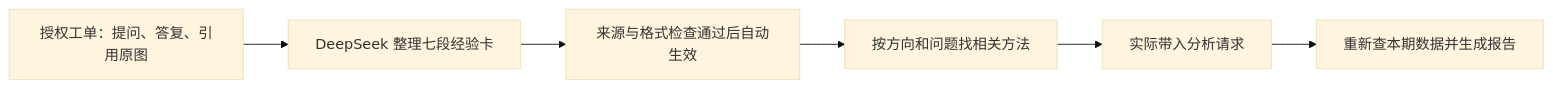
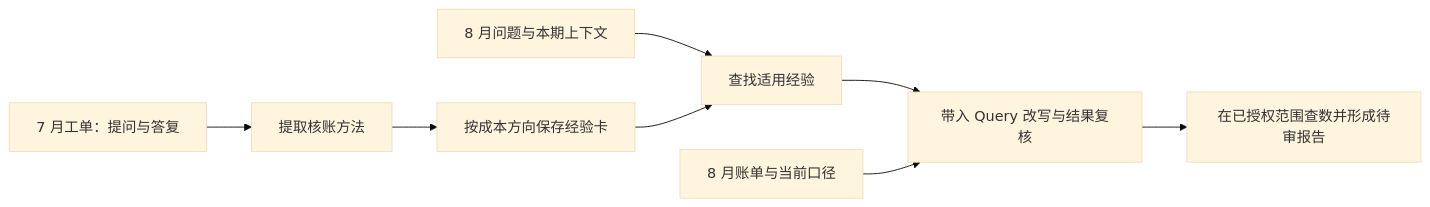
The first of 2 diagrams in docs/product/memory.md (foxbitcoo/third-brain), drawn with Mermaid (base theme) before and after one commit. The commit also changed other lines of this file and 8 other files, not shown here.

````diff
--- a/docs/product/memory.md
+++ b/docs/product/memory.md
@@ -5,8 +57,10 @@
 ```mermaid
 flowchart LR
- A[授权工单：提问、答复、引用原图] --> B[DeepSeek 整理七段经验卡]
- B --> C[来源与格式检查通过后自动生效]
- C --> D[按方向和问题找相关方法]
- D --> E[实际带入分析请求]
- E --> F[重新查本期数据并生成报告]
+    A[7 月工单：提问与答复] --> B[提取核账方法]
+    B --> C[按成本方向保存经验卡]
+    D[8 月问题与本期上下文] --> E[查找适用经验]
+    C --> E
+    E --> F[带入 Query 改写与结果复核]
+    G[8 月账单与当前口径] --> F
+    F --> H[在已授权范围查数并形成待审报告]
 ```
````
